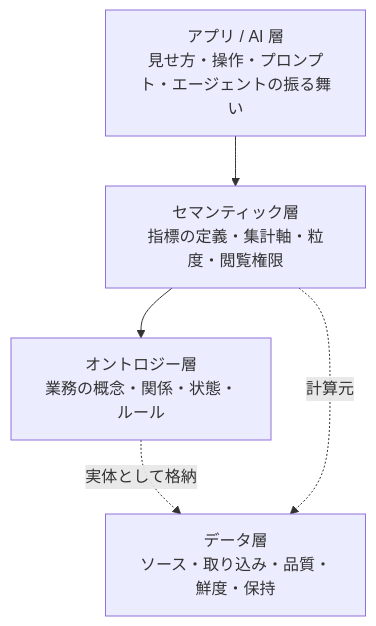
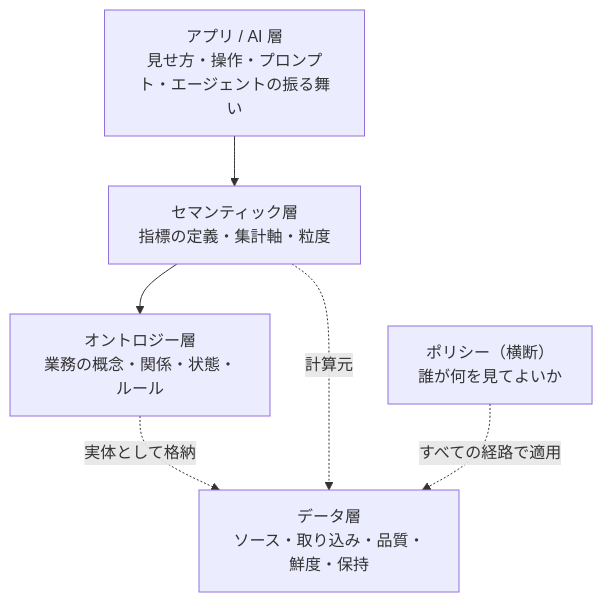
One commit to keito118/ai-ready-requirements changed the diagram in framework/ja/01_layers.md. Above: the diagram before and after it, drawn with Mermaid. The commit also changed other lines of this file and 16 other files, not shown here.

Commit message:
Add AI processing flow and make access a cross-cutting policy (en/ja)

````diff
--- a/framework/ja/01_layers.md
+++ b/framework/ja/01_layers.md
@@ -7,10 +7,11 @@
 ```mermaid
 flowchart TB
   APP["アプリ / AI 層<br/>見せ方・操作・プロンプト・エージェントの振る舞い"]
-  SEM["セマンティック層<br/>指標の定義・集計軸・粒度・閲覧権限"]
+  SEM["セマンティック層<br/>指標の定義・集計軸・粒度"]
   ONT["オントロジー層<br/>業務の概念・関係・状態・ルール"]
   DAT["データ層<br/>ソース・取り込み・品質・鮮度・保持"]
   APP --> SEM --> ONT
   ONT -. 実体として格納 .-> DAT
   SEM -. 計算元 .-> DAT
+  POL["ポリシー（横断）<br/>誰が何を見てよいか"] -. すべての経路で適用 .-> DAT
 ```
````
